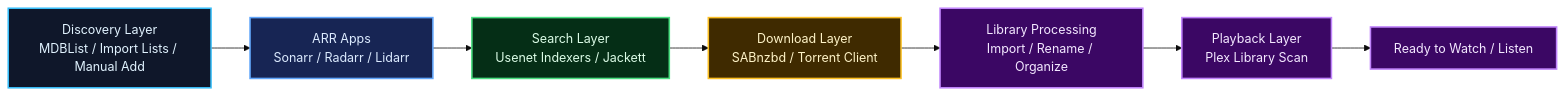
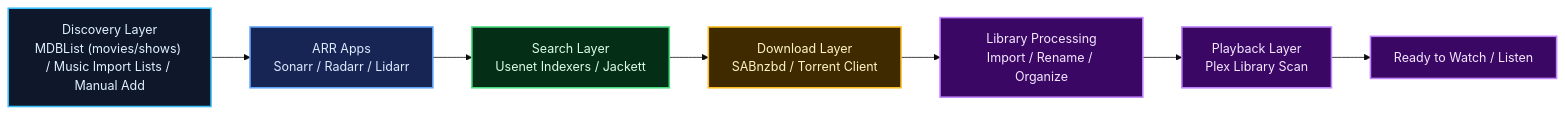
The diagram in README.md (Shadow2442/slimshadys-arr-setup-guide), drawn with Mermaid (base theme) before and after one commit. The commit also changed other lines of this file and 3 other files, not shown here.

Commit message:
Clarify MDBList is for movies and shows

````diff
--- a/README.md
+++ b/README.md
@@ -122,21 +123,21 @@
 ```mermaid
 flowchart LR
     classDef source fill:#0f172a,stroke:#38bdf8,stroke-width:2px,color:#e0f2fe
     classDef arr fill:#172554,stroke:#60a5fa,stroke-width:2px,color:#dbeafe
     classDef search fill:#052e16,stroke:#4ade80,stroke-width:2px,color:#dcfce7
     classDef download fill:#3f2a00,stroke:#fbbf24,stroke-width:2px,color:#fef3c7
     classDef library fill:#3b0764,stroke:#c084fc,stroke-width:2px,color:#f3e8ff
 
-    A["Discovery Layer<br/>MDBList / Import Lists / Manual Add"] --> B["ARR Apps<br/>Sonarr / Radarr / Lidarr"]
+    A["Discovery Layer<br/>MDBList (movies/shows) / Music Import Lists / Manual Add"] --> B["ARR Apps<br/>Sonarr / Radarr / Lidarr"]
     B --> C["Search Layer<br/>Usenet Indexers / Jackett"]
     C --> D["Download Layer<br/>SABnzbd / Torrent Client"]
     D --> E["Library Processing<br/>Import / Rename / Organize"]
     E --> F["Playback Layer<br/>Plex Library Scan"]
     F --> G["Ready to Watch / Listen"]
 
     class A source
     class B arr
     class C search
     class D download
     class E,F,G library
 ```
````
